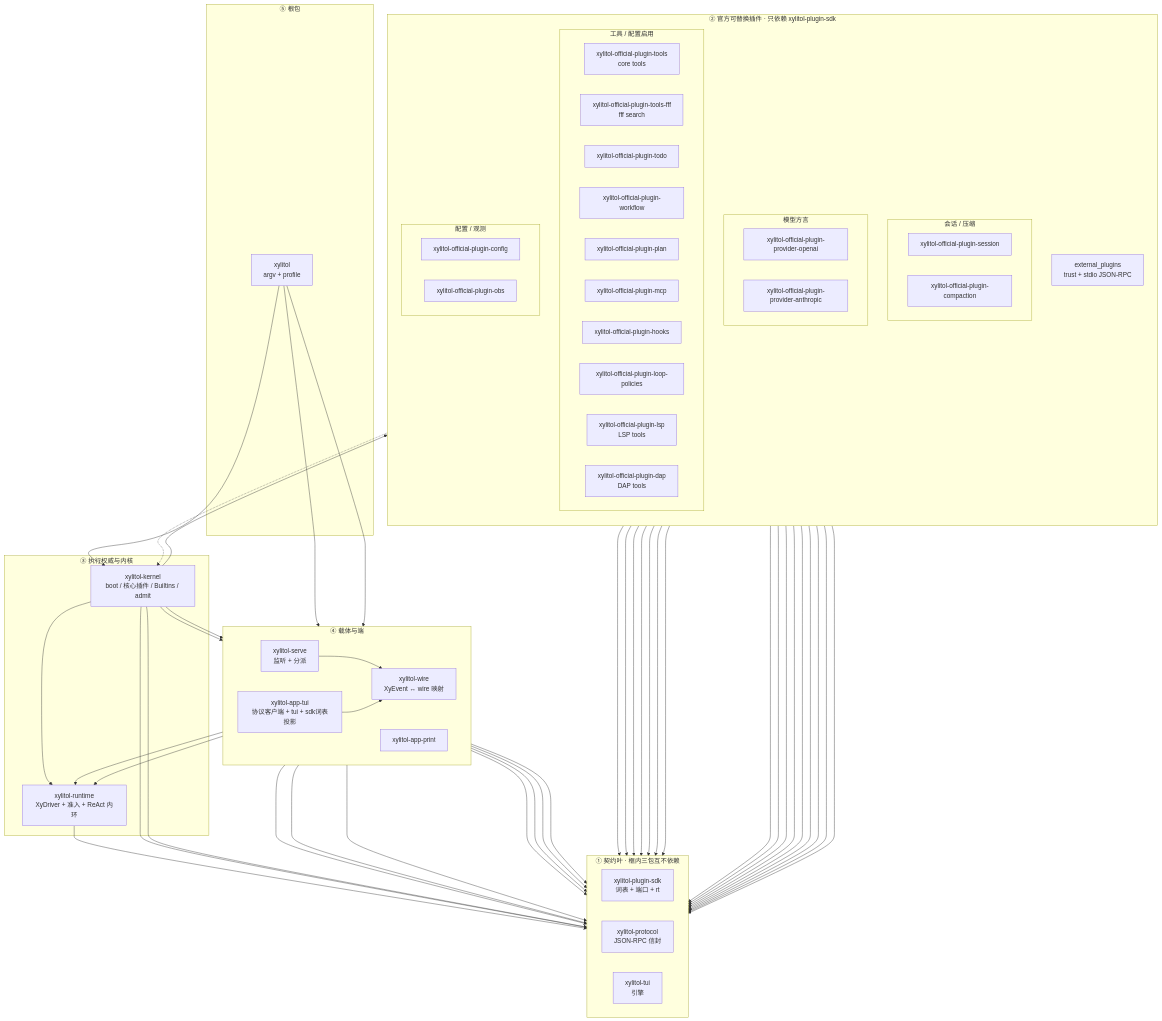
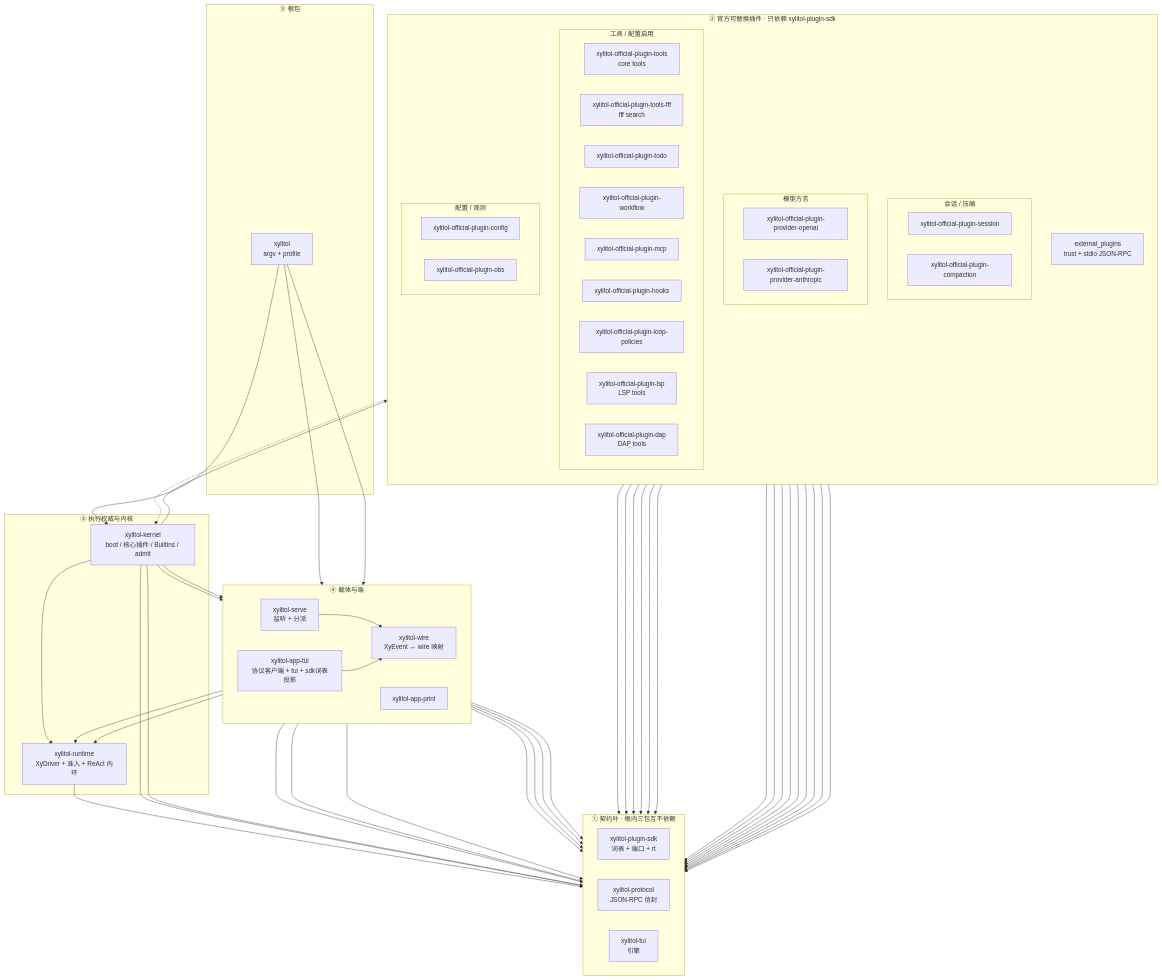
The diagram in src/AGENTS.md (StrayDragon/xylitol), drawn with Mermaid before and after one commit. The commit also changed other lines of this file and 95 other files, not shown here.

```diff
--- a/src/AGENTS.md
+++ b/src/AGENTS.md
@@ -45,7 +45,6 @@
       xylitol_official_plugin_tools_fff["xylitol-official-plugin-tools-fff<br/>fff search"]
       xylitol_official_plugin_todo["xylitol-official-plugin-todo"]
       xylitol_official_plugin_workflow["xylitol-official-plugin-workflow"]
-      xylitol_official_plugin_plan["xylitol-official-plugin-plan"]
       xylitol_official_plugin_mcp["xylitol-official-plugin-mcp"]
       xylitol_official_plugin_hooks["xylitol-official-plugin-hooks"]
       xylitol_official_plugin_loop_policies["xylitol-official-plugin-loop-policies"]
@@ -85,7 +84,6 @@
   xylitol_official_plugin_tools_fff --> xylitol_plugin_sdk
   xylitol_official_plugin_todo --> xylitol_plugin_sdk
   xylitol_official_plugin_workflow --> xylitol_plugin_sdk
-  xylitol_official_plugin_plan --> xylitol_plugin_sdk
   xylitol_official_plugin_mcp --> xylitol_plugin_sdk
   xylitol_official_plugin_hooks --> xylitol_plugin_sdk
   xylitol_official_plugin_loop_policies --> xylitol_plugin_sdk
```
